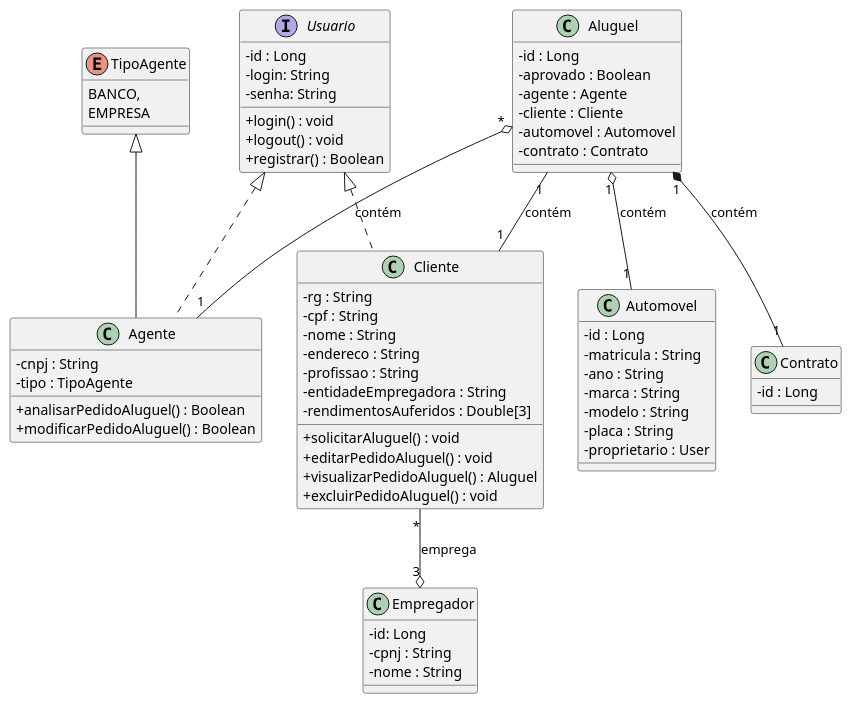
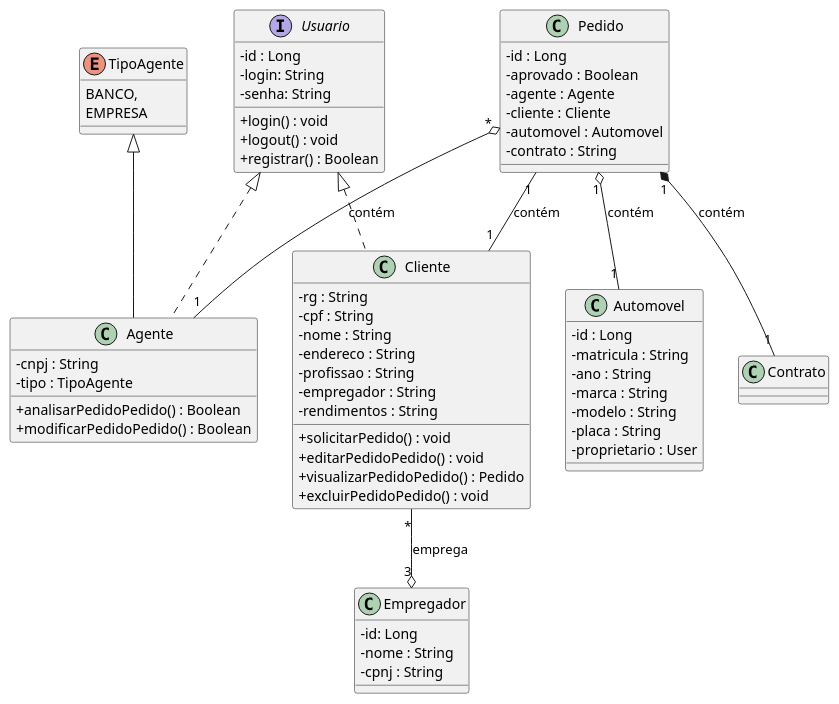
The diagram in project/docs/DiagramaDeClasse.puml (milenalara/sistema-de-aluguel-de-carros), drawn with PlantUML before and after one commit. The commit also changed 14 other files, not shown here.

Commit message:
Update pra ficar de acordo com uml

```diff
--- a/project/docs/DiagramaDeClasse.puml
+++ b/project/docs/DiagramaDeClasse.puml
@@ -1,77 +1,73 @@
 @startuml Diagrama
 skinparam classAttributeIconSize 0
 
 Usuario <|.. Agente
 Usuario <|.. Cliente
-Aluguel "1" *-- "1" Contrato : contém
-Aluguel "1" -- "1" Cliente : contém
-Aluguel "1" o-- "1" Automovel : contém
-Aluguel "*" o-- "1" Agente : contém
+Pedido "1" *-- "1" Contrato : contém
+Pedido "1" -- "1" Cliente : contém
+Pedido "1" o-- "1" Automovel : contém
+Pedido "*" o-- "1" Agente : contém
 Cliente "*" --o "3" Empregador : emprega
 TipoAgente <|-- Agente
 
 interface Usuario {
     -id : Long
     -login: String
     -senha: String
     +login() : void
     +logout() : void
     +registrar() : Boolean
 }
 
 class Cliente {
     -rg : String
     -cpf : String
     -nome : String
     -endereco : String
     -profissao : String
-    -entidadeEmpregadora : String
-    -rendimentosAuferidos : Double[3]
-    +solicitarAluguel() : void
-    +editarPedidoAluguel() : void
-    +visualizarPedidoAluguel() : Aluguel
-    +excluirPedidoAluguel() : void
+    -empregador : String
+    -rendimentos : String
+    +solicitarPedido() : void
+    +editarPedidoPedido() : void
+    +visualizarPedidoPedido() : Pedido
+    +excluirPedidoPedido() : void
 }
 
 class Agente {
     -cnpj : String
     -tipo : TipoAgente
-    +analisarPedidoAluguel() : Boolean
-    +modificarPedidoAluguel() : Boolean
+    +analisarPedidoPedido() : Boolean
+    +modificarPedidoPedido() : Boolean
 }
 
 enum TipoAgente{
     BANCO,
     EMPRESA
 }
 
 class Empregador {
     -id: Long
+    -nome : String
     -cpnj : String
-    -nome : String
 }
 
-class Aluguel {
+class Pedido {
     -id : Long
     -aprovado : Boolean
     -agente : Agente
     -cliente : Cliente
     -automovel : Automovel
-    -contrato : Contrato
-}
-
-class Contrato {
-    -id : Long
+    -contrato : String
 }
 
 class Automovel {
     -id : Long
     -matricula : String
     -ano : String
     -marca : String
     -modelo : String
     -placa : String
     -proprietario : User
 }
 
 @enduml
```
